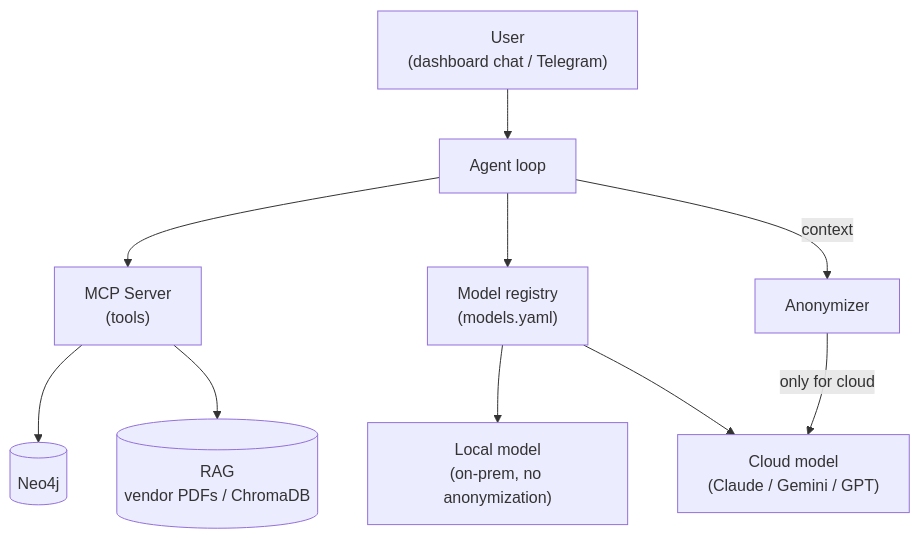
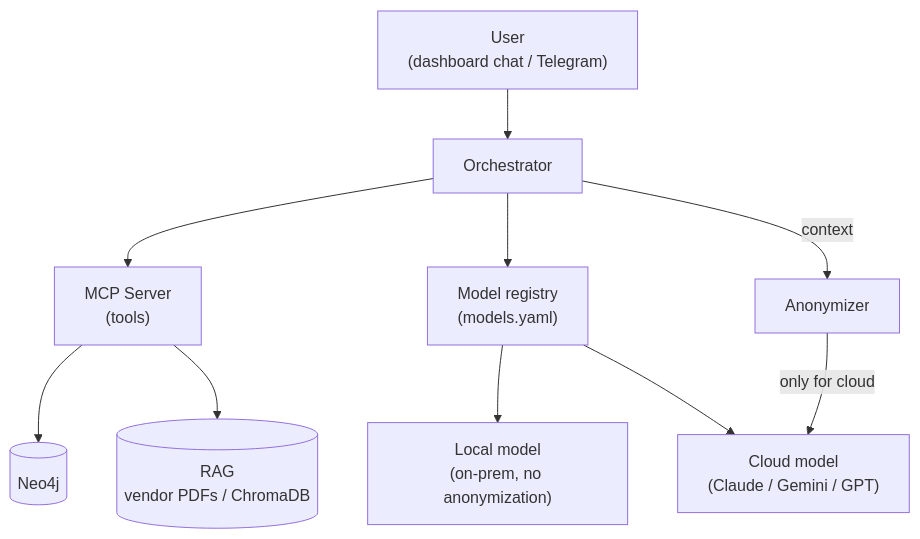
One commit to netcopilot-labs/netcopilot changed the third of 4 diagrams in docs/architecture/README.md. Above: the diagram before and after it, drawn with Mermaid. The commit also changed other lines of this file, not shown here.

First line of the commit message:
docs(architecture): rename internal "Agent loop" -> "Orchestrator"

````diff
--- a/docs/architecture/README.md
+++ b/docs/architecture/README.md
@@ -83,12 +83,12 @@
 ```mermaid
 flowchart TD
   USER["User<br/>(dashboard chat / Telegram)"] --> AGENT
-  AGENT["Agent loop"] --> MCP["MCP Server<br/>(tools)"]
+  AGENT["Orchestrator"] --> MCP["MCP Server<br/>(tools)"]
   MCP --> NEO[("Neo4j")]
   MCP --> RAG[("RAG<br/>vendor PDFs / ChromaDB")]
   AGENT --> REG["Model registry<br/>(models.yaml)"]
   REG --> LOCAL["Local model<br/>(on-prem, no anonymization)"]
   REG --> CLOUD["Cloud model<br/>(Claude / Gemini / GPT)"]
   AGENT -- "context" --> ANON["Anonymizer"]
   ANON -- "only for cloud" --> CLOUD
 ```
````
